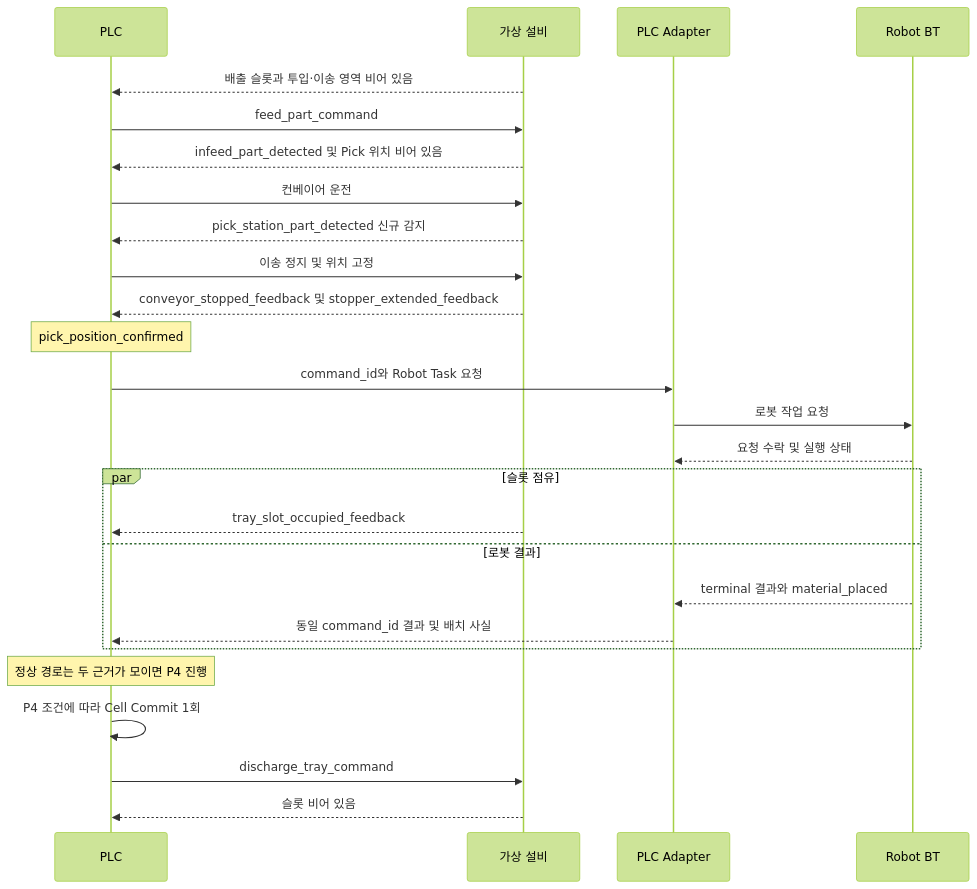
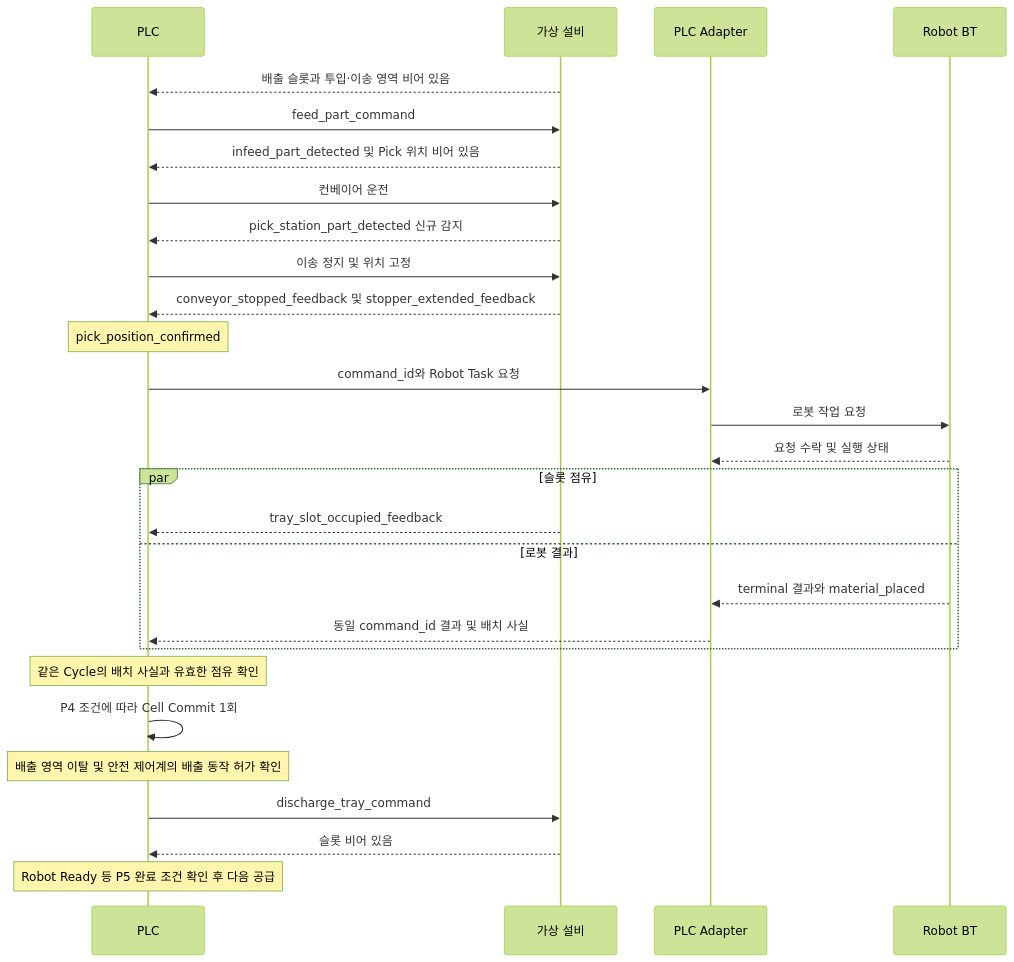
The diagram in docs/design/cells/conveyor-pnp-poc/cell-control.md (dev-kibeom/sftwin-arm-cell), drawn with Mermaid (forest theme) before and after one commit. The commit also changed other lines of this file and 2 other files, not shown here.

````diff
--- a/docs/design/cells/conveyor-pnp-poc/cell-control.md
+++ b/docs/design/cells/conveyor-pnp-poc/cell-control.md
@@ -32,28 +34,30 @@
 ```mermaid
 sequenceDiagram
     participant P as PLC
     participant E as 가상 설비
     participant A as PLC Adapter
     participant B as Robot BT
     E-->>P: 배출 슬롯과 투입·이송 영역 비어 있음
     P->>E: feed_part_command
     E-->>P: infeed_part_detected 및 Pick 위치 비어 있음
     P->>E: 컨베이어 운전
     E-->>P: pick_station_part_detected 신규 감지
     P->>E: 이송 정지 및 위치 고정
     E-->>P: conveyor_stopped_feedback 및 stopper_extended_feedback
     Note over P: pick_position_confirmed
     P->>A: command_id와 Robot Task 요청
     A->>B: 로봇 작업 요청
     B-->>A: 요청 수락 및 실행 상태
     par 슬롯 점유
         E-->>P: tray_slot_occupied_feedback
     and 로봇 결과
         B-->>A: terminal 결과와 material_placed
         A-->>P: 동일 command_id 결과 및 배치 사실
     end
-    Note over P: 정상 경로는 두 근거가 모이면 P4 진행
+    Note over P: 같은 Cycle의 배치 사실과 유효한 점유 확인
     P->>P: P4 조건에 따라 Cell Commit 1회
+    Note over P: 배출 영역 이탈 및 안전 제어계의 배출 동작 허가 확인
     P->>E: discharge_tray_command
     E-->>P: 슬롯 비어 있음
+    Note over P: Robot Ready 등 P5 완료 조건 확인 후 다음 공급
 ```
````
